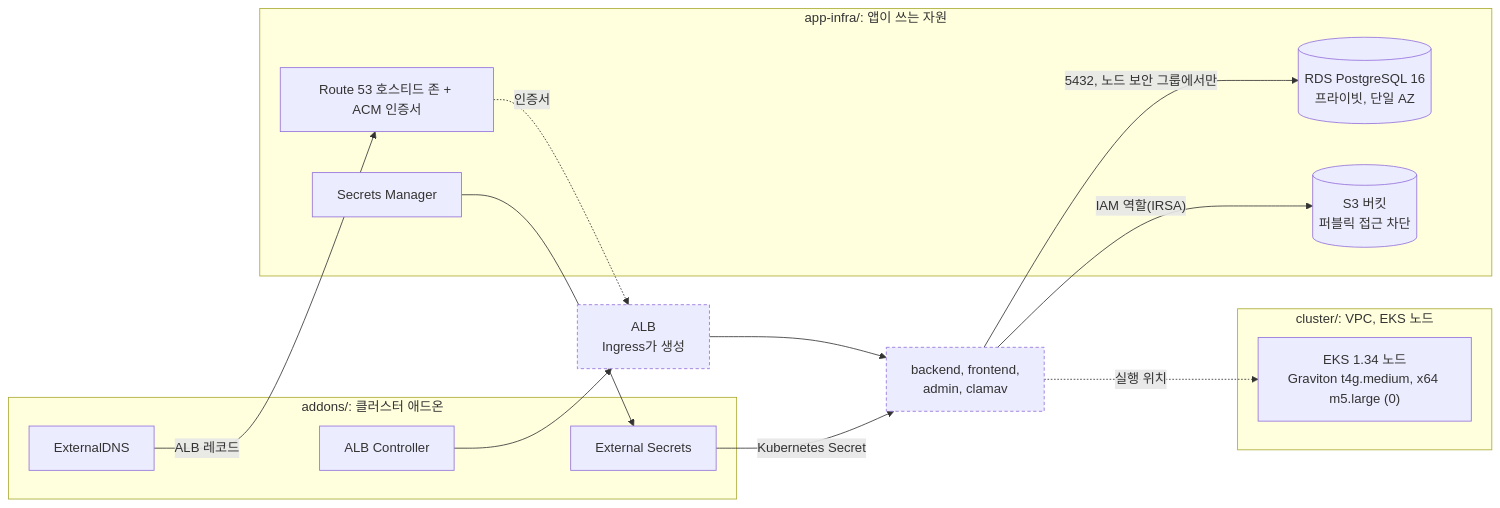
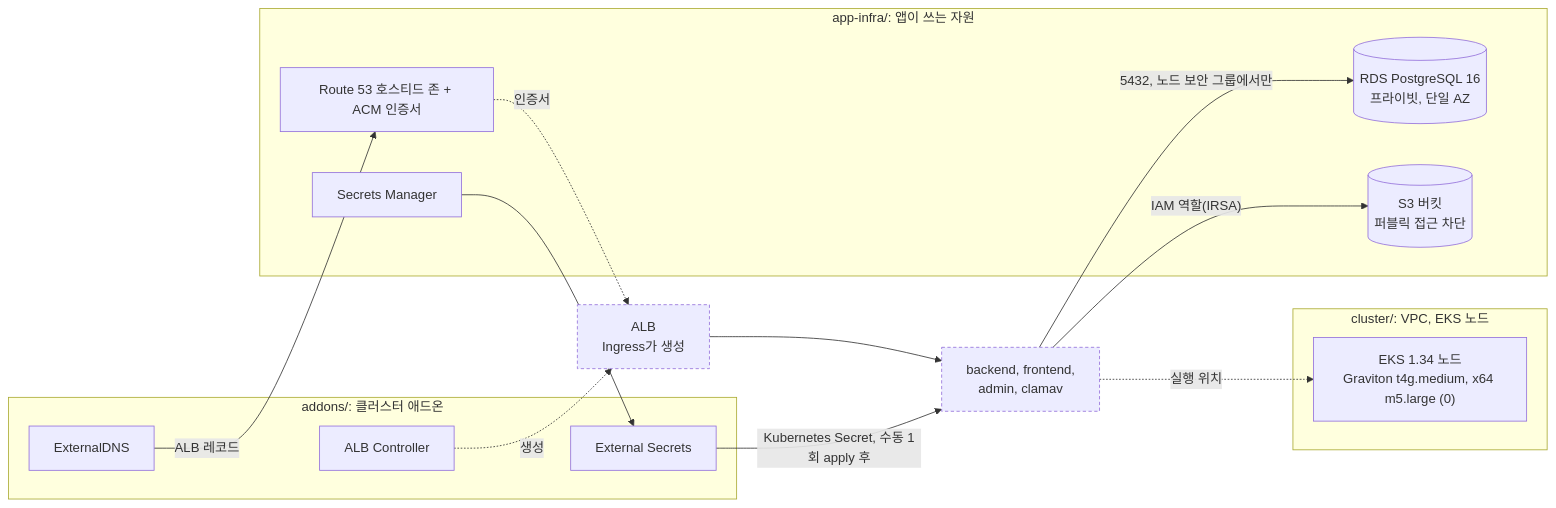
Before and after one commit to Bluecode77732/Upload-Board-Project: the fourth of 4 diagrams in README.ko.md, drawn with Mermaid. The commit also changed other lines of this file and 1 other file, not shown here.

First line of the commit message:
문서: README의 업로드 원자성 서술과 구조도를 바로잡고 중복을 줄임

````diff
--- a/README.ko.md
+++ b/README.ko.md
@@ -231,27 +213,28 @@
 ```mermaid
 flowchart LR
   subgraph C["cluster/: VPC, EKS 노드"]
     NODES["EKS 1.34 노드<br/>Graviton t4g.medium, x64 m5.large (0)"]
   end
   subgraph A["app-infra/: 앱이 쓰는 자원"]
     RDS[("RDS PostgreSQL 16<br/>프라이빗, 단일 AZ")]
     S3[("S3 버킷<br/>퍼블릭 접근 차단")]
     SM["Secrets Manager"]
     DNS["Route 53 호스티드 존 + ACM 인증서"]
   end
   subgraph D["addons/: 클러스터 애드온"]
     LBC["ALB Controller"]
     ESO["External Secrets"]
     EDNS["ExternalDNS"]
   end
   ALB["ALB<br/>Ingress가 생성"]:::rt
   APP["backend, frontend,<br/>admin, clamav"]:::rt
-  LBC --> ALB --> APP
+  LBC -. "생성" .-> ALB
+  ALB --> APP
   APP -. "실행 위치" .-> NODES
   APP -- "5432, 노드 보안 그룹에서만" --> RDS
   APP -- "IAM 역할(IRSA)" --> S3
-  SM --> ESO -- "Kubernetes Secret" --> APP
+  SM --> ESO -- "Kubernetes Secret, 수동 1회 apply 후" --> APP
   EDNS -- "ALB 레코드" --> DNS
   DNS -. "인증서" .-> ALB
   classDef rt stroke-dasharray:4 3
 ```
````
